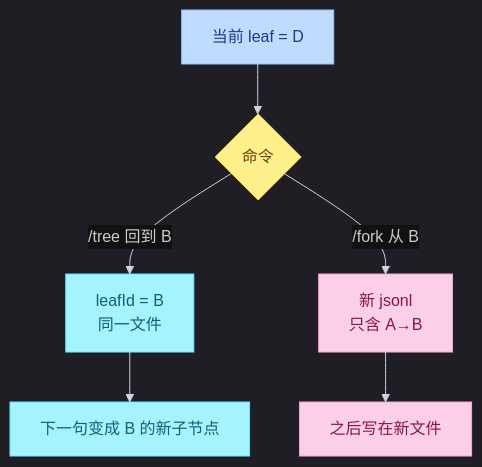
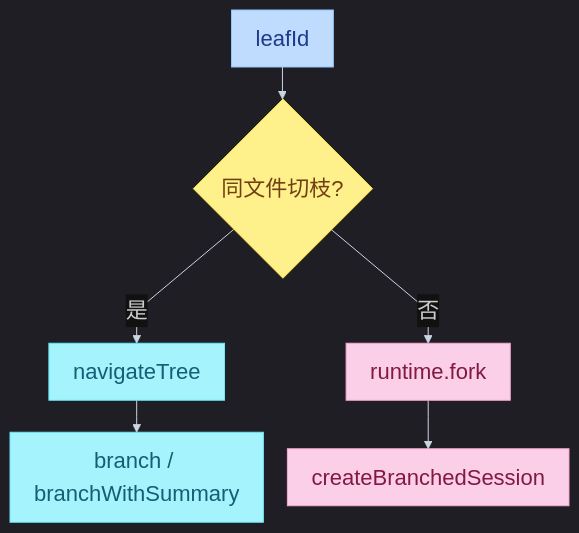
The fourth of 4 diagrams in 13-pi-agent/04-sessions.md (juliepy/AI-Engineer-from-scrach), drawn with Mermaid before and after one commit. The commit also changed other lines of this file and 4 other files, not shown here.

Commit message:
Rewrite Pi sessions through Interactive notes around source call traces and three-layer diagrams.

````diff
--- a/13-pi-agent/04-sessions.md
+++ b/13-pi-agent/04-sessions.md
@@ -183,19 +165,19 @@
 ```mermaid
-%%{init: {"theme": "dark", "themeVariables": {"fontSize": "16px", "background": "#000000", "lineColor": "#CBD5E1", "edgeLabelBackground": "#111111"}}}%%
-flowchart TD
-    NOW["当前 leaf = D"] --> CMD{"命令"}
-    CMD -->|"/tree 回到 B"| T["leafId = B<br/>同一文件"]
-    T --> N["下一句变成 B 的新子节点"]
-    CMD -->|"/fork 从 B"| F["新 jsonl<br/>只含 A→B"]
-    F --> S["之后写在新文件"]
+%%{init: {"theme": "dark", "flowchart": {"curve": "linear", "rankSpacing": 32, "nodeSpacing": 24, "padding": 12, "useMaxWidth": false, "htmlLabels": true}, "themeVariables": {"fontSize": "22px", "background": "#000000", "lineColor": "#CBD5E1", "edgeLabelBackground": "#111111"}, "themeCSS": ".nodeLabel,.label,span{font-size:22px!important}"}}%%
+flowchart TB
+    NOW["leafId"] --> Q{"同文件切枝?"}
+    Q -->|是| T["navigateTree"]
+    T --> B["branch / branchWithSummary"]
+    Q -->|否| F["runtime.fork"]
+    F --> C["createBranchedSession"]
 
-    classDef a fill:#BFDBFE,stroke:#93C5FD,color:#1E3A8A
-    classDef d fill:#FEF08A,stroke:#FDE047,color:#713F12
-    classDef t fill:#A5F3FC,stroke:#67E8F9,color:#155E75
-    classDef f fill:#FBCFE8,stroke:#F9A8D4,color:#831843
+    classDef start fill:#BFDBFE,stroke:#93C5FD,color:#1E3A8A,font-size:22px
+    classDef dec fill:#FEF08A,stroke:#FDE047,color:#713F12,font-size:22px
+    classDef step fill:#A5F3FC,stroke:#67E8F9,color:#155E75,font-size:22px
+    classDef bad fill:#FBCFE8,stroke:#F9A8D4,color:#831843,font-size:22px
 
-    class NOW a
-    class CMD d
-    class T,N t
-    class F,S f
+    class NOW start
+    class Q dec
+    class T,B step
+    class F,C bad
 ```
````
